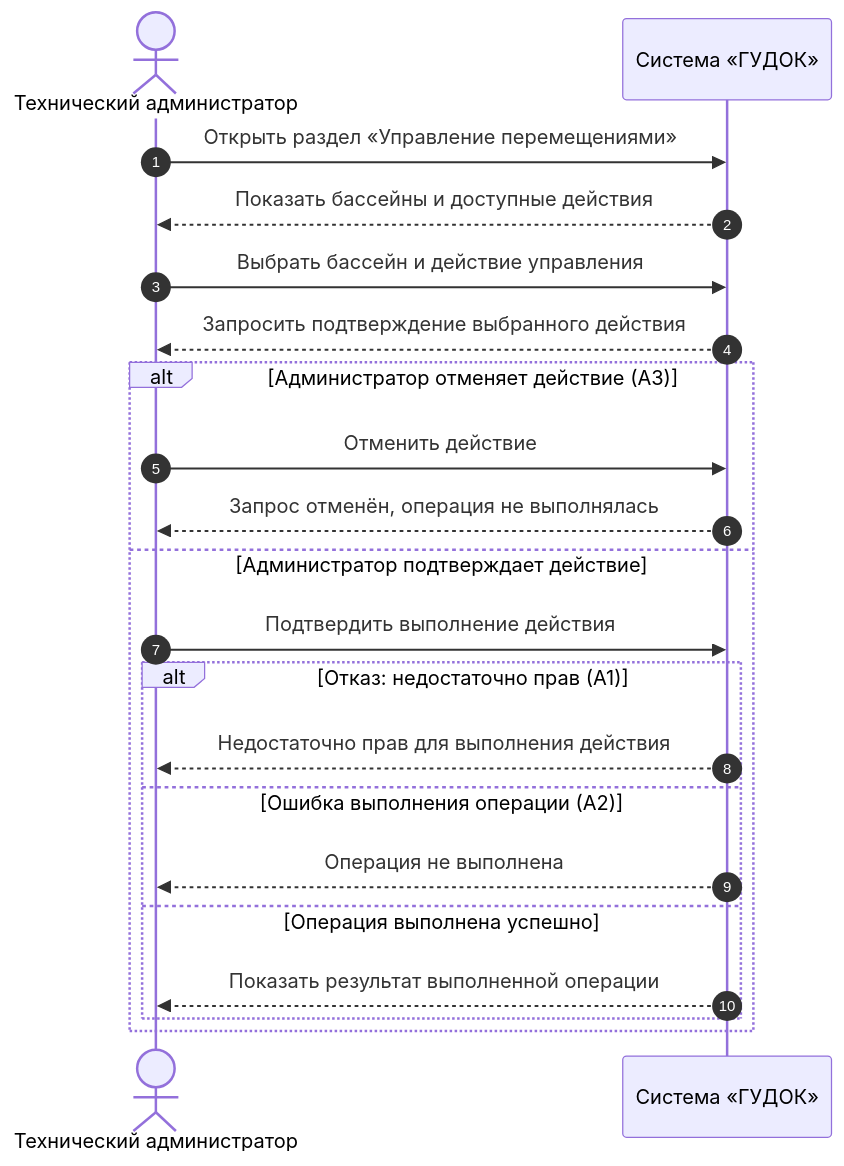
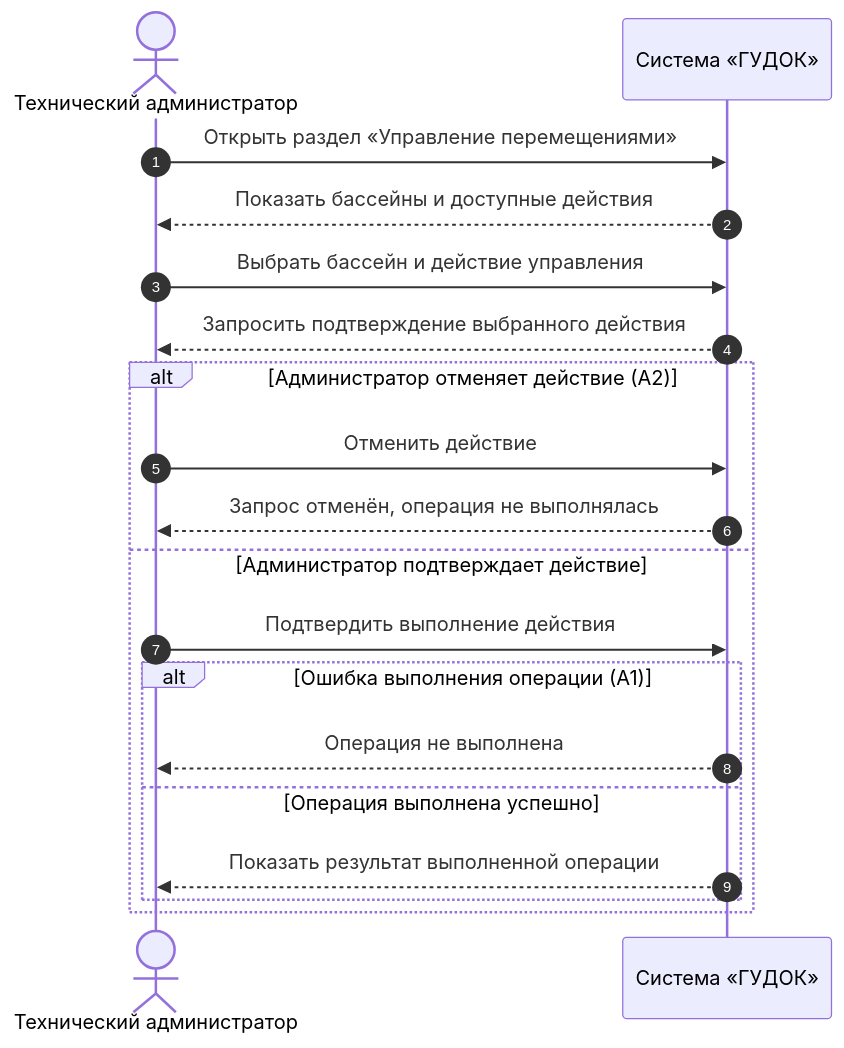
Before and after one commit to Fwor1d/FishPlanet: the diagram in docs/draw/sd-04.mmd, drawn with Mermaid. The commit also changed 4 other files, not shown here.

```diff
--- a/docs/draw/sd-04.mmd
+++ b/docs/draw/sd-04.mmd
@@ -1,21 +1,19 @@
 sequenceDiagram
     autonumber
     actor Admin as Технический администратор
     participant System as Система «ГУДОК»
     Admin->>System: Открыть раздел «Управление перемещениями»
     System-->>Admin: Показать бассейны и доступные действия
     Admin->>System: Выбрать бассейн и действие управления
     System-->>Admin: Запросить подтверждение выбранного действия
-    alt Администратор отменяет действие (А3)
+    alt Администратор отменяет действие (А2)
         Admin->>System: Отменить действие
         System-->>Admin: Запрос отменён, операция не выполнялась
     else Администратор подтверждает действие
         Admin->>System: Подтвердить выполнение действия
-        alt Отказ: недостаточно прав (А1)
-            System-->>Admin: Недостаточно прав для выполнения действия
-        else Ошибка выполнения операции (А2)
+        alt Ошибка выполнения операции (А1)
             System-->>Admin: Операция не выполнена
         else Операция выполнена успешно
             System-->>Admin: Показать результат выполненной операции
         end
     end
```
